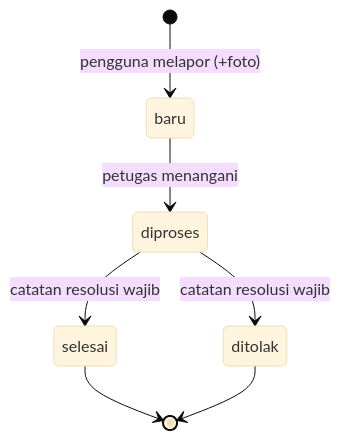
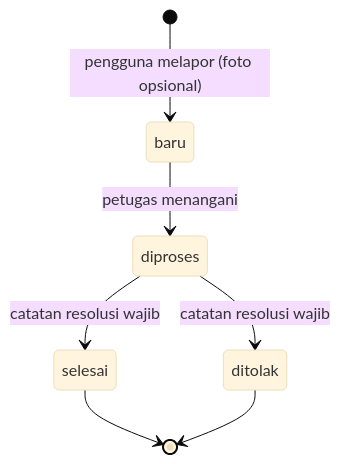
One commit to muhffikkri/room-reservation-system changed the third of 3 diagrams in docs/spesifikasi-sistem-reservasi.md. Above: the diagram before and after it, drawn with Mermaid (base theme). The commit also changed other lines of this file, not shown here.

Commit message:
docs(auth): clarify account flows and reporting requirements

````diff
--- a/docs/spesifikasi-sistem-reservasi.md
+++ b/docs/spesifikasi-sistem-reservasi.md
@@ -429,9 +447,9 @@
 ```mermaid
 stateDiagram-v2
-    [*] --> baru: pengguna melapor (+foto)
+    [*] --> baru: pengguna melapor (foto opsional)
     baru --> diproses: petugas menangani
     diproses --> selesai: catatan resolusi wajib
     diproses --> ditolak: catatan resolusi wajib
     selesai --> [*]
     ditolak --> [*]
 ```
````
